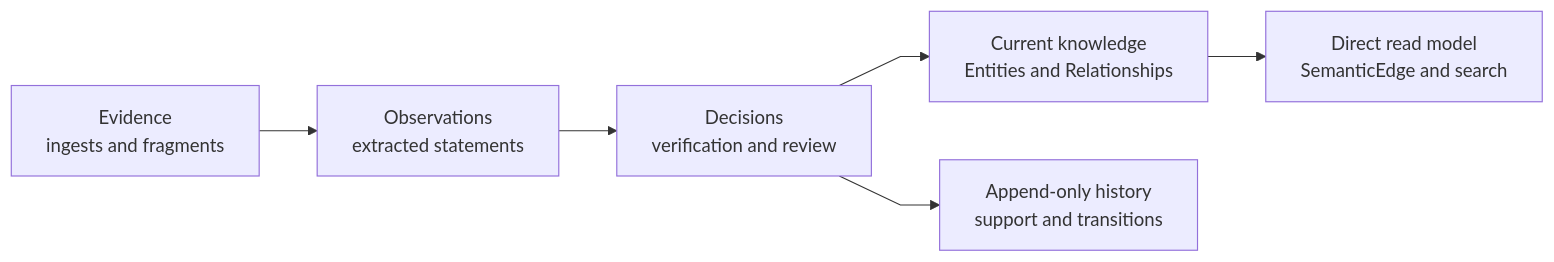
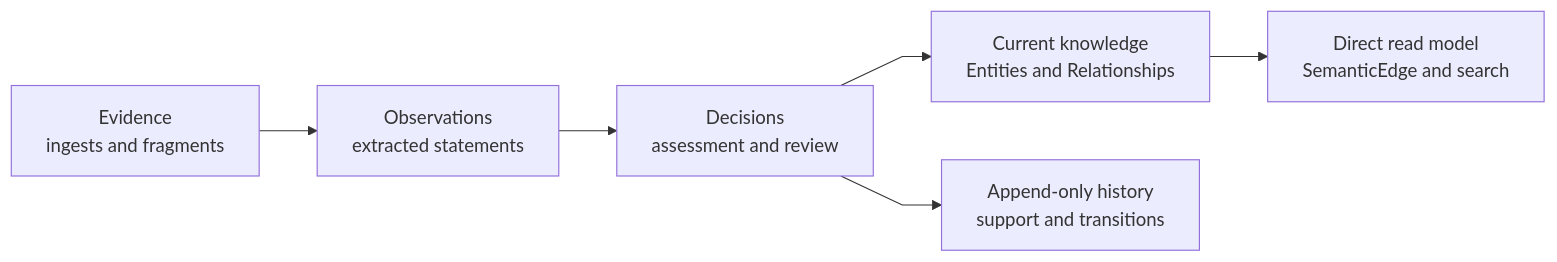
The second of 12 diagrams in Data-Model-And-Storage.md (markhuangai/dense-mem), drawn with Mermaid before and after one commit. The commit also changed other lines of this file and 24 other files, not shown here.

Commit message:
Document V2.4 one-call placement architecture

````diff
--- a/Data-Model-And-Storage.md
+++ b/Data-Model-And-Storage.md
@@ -45,9 +45,9 @@
 ```mermaid
 %%{init: {"flowchart": {"curve": "linear"}}}%%
 flowchart LR
   Evidence["Evidence<br/>ingests and fragments"] --> Observation["Observations<br/>extracted statements"]
-  Observation --> Decision["Decisions<br/>verification and review"]
+  Observation --> Decision["Decisions<br/>assessment and review"]
   Decision --> Current["Current knowledge<br/>Entities and Relationships"]
   Current --> Read["Direct read model<br/>SemanticEdge and search"]
   Decision --> History["Append-only history<br/>support and transitions"]
 ```
````
